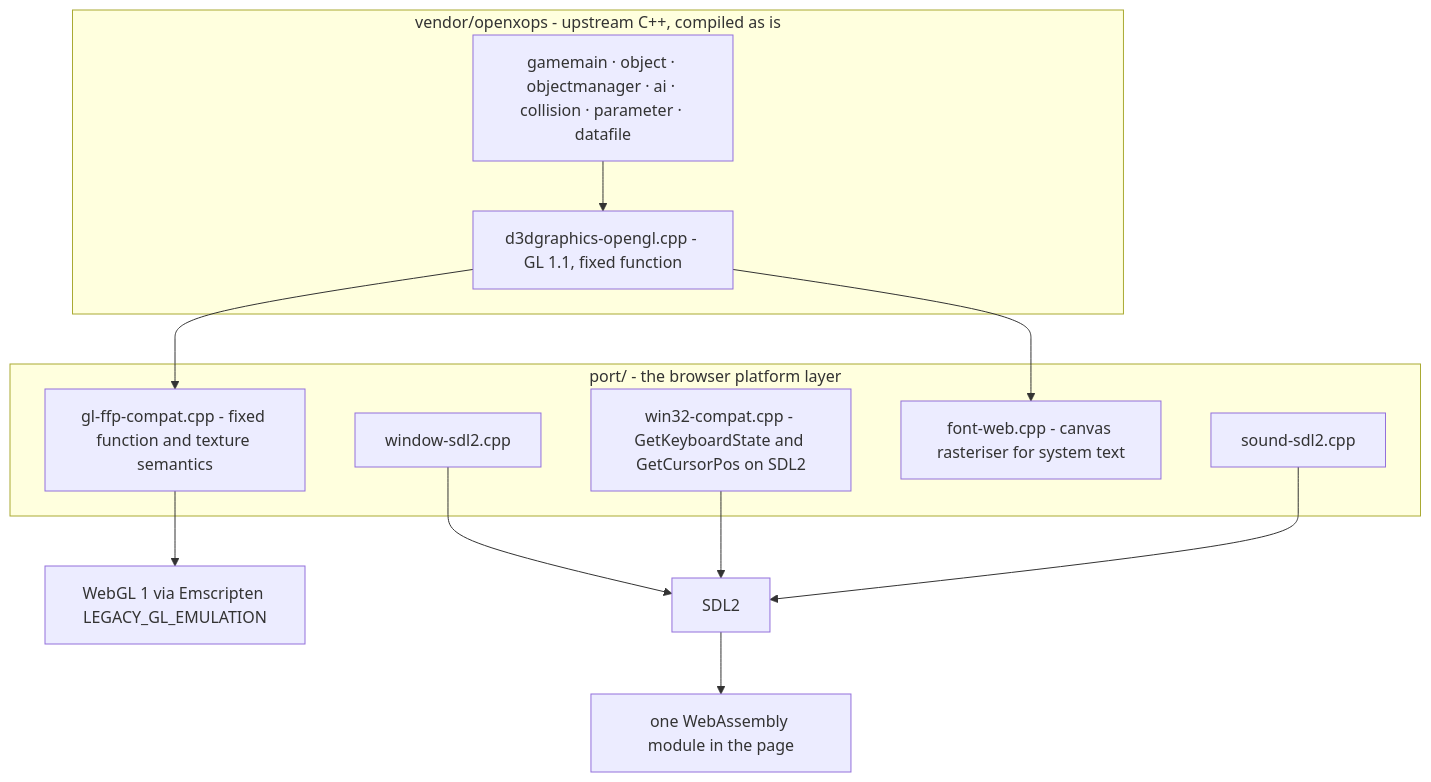
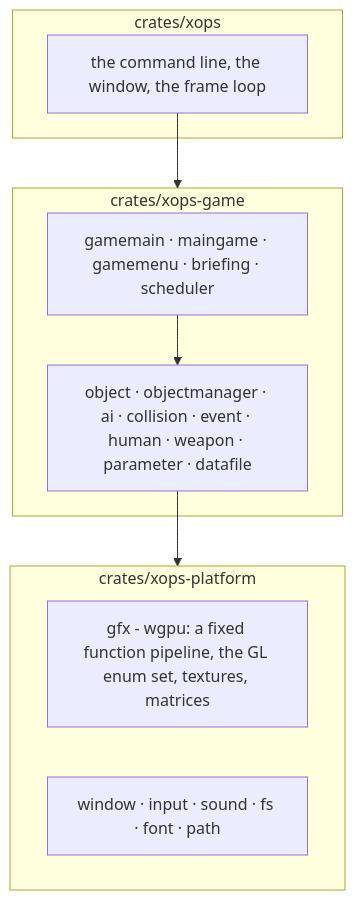
Before and after one commit to BlaCkinkGJ/xops-rs: the first of 2 diagrams in README.md, drawn with Mermaid. The commit also changed other lines of this file and 11 other files, not shown here.

````diff
--- a/README.md
+++ b/README.md
@@ -19,22 +77,17 @@
 ```mermaid
 flowchart TB
-	subgraph game["vendor/openxops - upstream C++, compiled as is"]
-		high["gamemain · object · objectmanager · ai · collision · parameter · datafile"]
-		low["d3dgraphics-opengl.cpp - GL 1.1, fixed function"]
+	subgraph bin["crates/xops"]
+		cli["the command line, the window, the frame loop"]
 	end
-	subgraph port["port/ - the browser platform layer"]
-		win["window-sdl2.cpp"]
-		input["win32-compat.cpp - GetKeyboardState and GetCursorPos on SDL2"]
-		snd["sound-sdl2.cpp"]
-		font["font-web.cpp - canvas rasteriser for system text"]
-		shim["gl-ffp-compat.cpp - fixed function and texture semantics"]
+	subgraph game["crates/xops-game"]
+		top["gamemain · maingame · gamemenu · briefing · scheduler"]
+		mid["object · objectmanager · ai · collision · event · human · weapon · parameter · datafile"]
 	end
-	high --> low
-	low --> shim
-	shim --> webgl["WebGL 1 via Emscripten LEGACY_GL_EMULATION"]
-	low --> font
-	win --> sdl["SDL2"]
-	input --> sdl
-	snd --> sdl
-	sdl --> page["one WebAssembly module in the page"]
+	subgraph plat["crates/xops-platform"]
+		r["gfx - wgpu: a fixed function pipeline, the GL enum set, textures, matrices"]
+		w["window · input · sound · fs · font · path"]
+	end
+	cli --> game
+	top --> mid
+	mid --> plat
 ```
````
